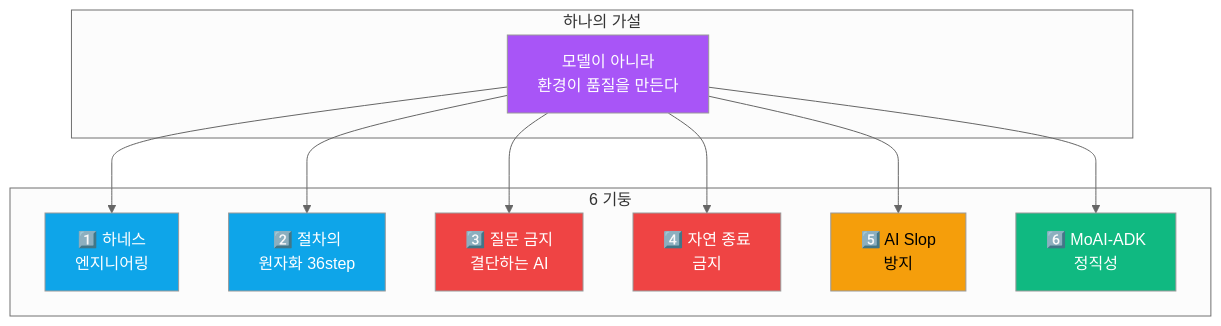
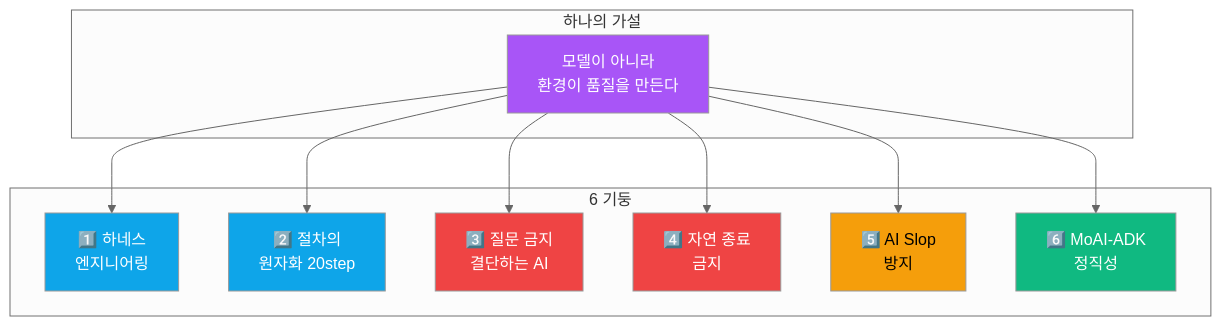
The third of 4 diagrams in README.md (Technoetic/harness20), drawn with Mermaid (neutral theme) before and after one commit. The commit also changed other lines of this file and 106 other files, not shown here.

````diff
--- a/README.md
+++ b/README.md
@@ -432,30 +442,30 @@
 ```mermaid
 graph TB
     subgraph philosophy["하나의 가설"]
         H["모델이 아니라<br/>환경이 품질을 만든다"]
     end
 
     subgraph six["6 기둥"]
         P1["1️⃣ 하네스<br/>엔지니어링"]
-        P2["2️⃣ 절차의<br/>원자화 36step"]
+        P2["2️⃣ 절차의<br/>원자화 20step"]
         P3["3️⃣ 질문 금지<br/>결단하는 AI"]
         P4["4️⃣ 자연 종료<br/>금지"]
         P5["5️⃣ AI Slop<br/>방지"]
         P6["6️⃣ MoAI-ADK<br/>정직성"]
     end
 
     H --> P1
     H --> P2
     H --> P3
     H --> P4
     H --> P5
     H --> P6
 
     style H fill:#A855F7,color:#fff
     style P1 fill:#0EA5E9,color:#fff
     style P2 fill:#0EA5E9,color:#fff
     style P3 fill:#EF4444,color:#fff
     style P4 fill:#EF4444,color:#fff
     style P5 fill:#F59E0B,color:#000
     style P6 fill:#10B981,color:#fff
 ```
````
